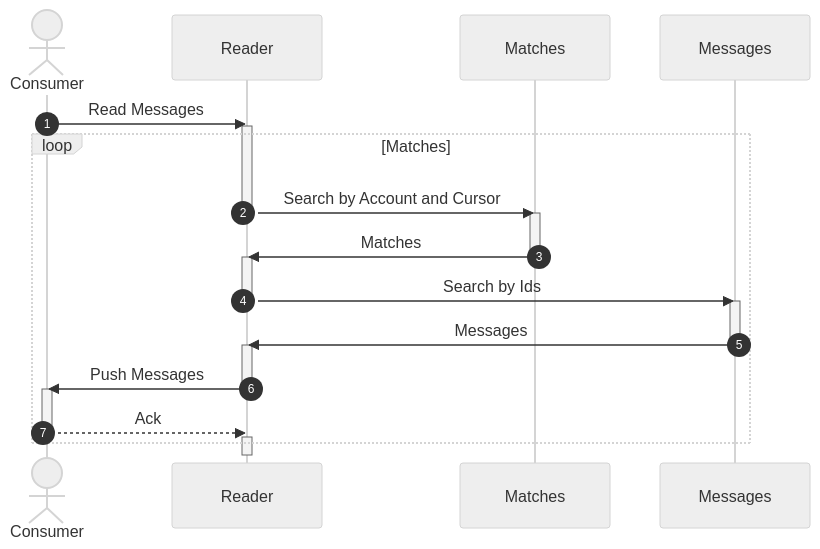
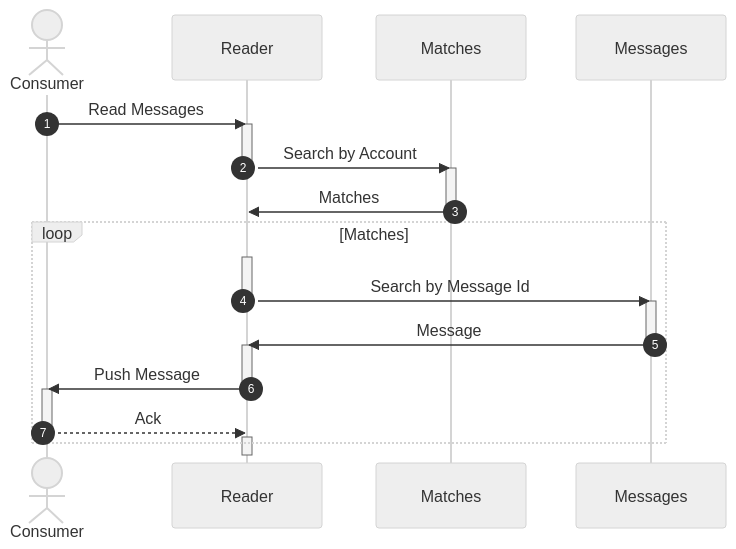
The second of 2 diagrams in profile/README.md (awakari/.github), drawn with Mermaid before and after one commit. The commit also changed other lines of this file, not shown here.

Commit message:
readme update

````diff
--- a/profile/README.md
+++ b/profile/README.md
@@ -191,46 +191,45 @@
 ```mermaid
 %%{init: {'theme': 'neutral' } }%%
 sequenceDiagram
 
     autonumber
 
     actor Consumer
     participant Reader
     participant Matches
     participant Messages
 
     Consumer->>Reader: Read Messages
 
     activate Reader
-    
+    Reader->>Matches: Search by Account
+    deactivate Reader
+        
+    activate Matches
+    Matches->>Reader: Matches
+    deactivate Matches
+        
     loop Matches
-    
-        Reader->>Matches: Search by Account and Cursor
-        deactivate Reader
-        
-        activate Matches
-        Matches->>Reader: Matches
-        deactivate Matches
-        
+
         activate Reader
-        Reader->>Messages: Search by Ids
+        Reader->>Messages: Search by Message Id
         deactivate Reader
     
         activate Messages
-        Messages->>Reader: Messages
+        Messages->>Reader: Message
         deactivate Messages
         
         activate Reader
-        Reader->>Consumer: Push Messages
+        Reader->>Consumer: Push Message
         deactivate Reader
 
         activate Consumer
         Consumer-->>Reader: Ack
         deactivate Consumer
         
         activate Reader
     
     end
     
     deactivate Reader
 ```
````
